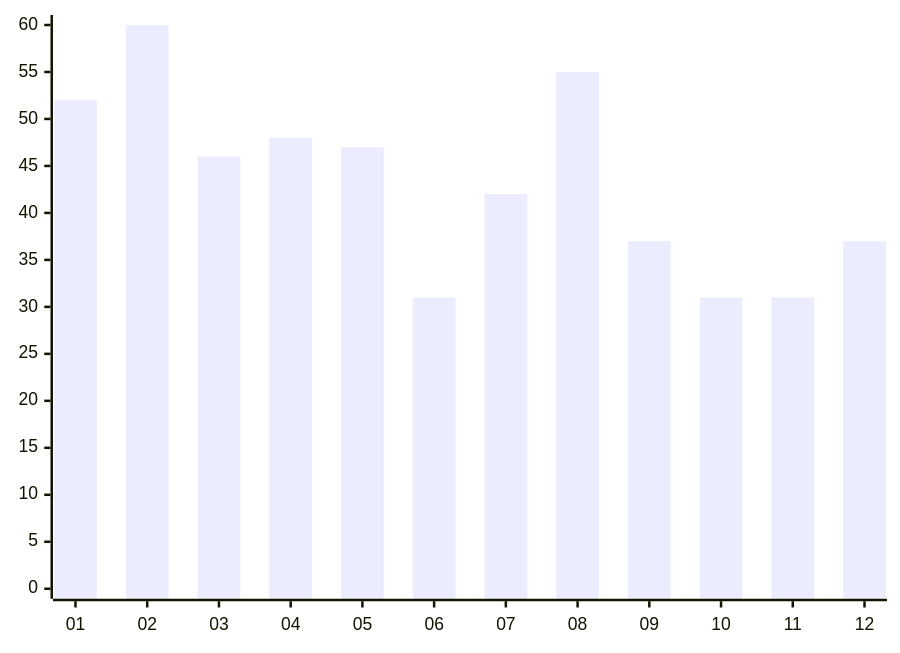
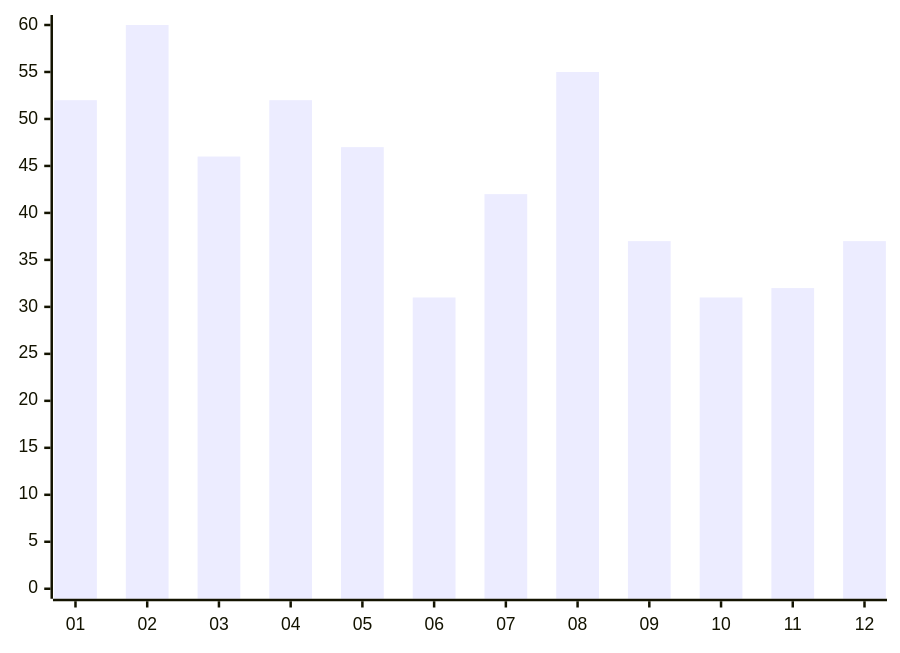
One commit to austrellum/navigator changed the third of 4 diagrams in index.stats.md. Above: the diagram before and after it, drawn with Mermaid. The commit also changed other lines of this file and 7 other files, not shown here.

````diff
--- a/index.stats.md
+++ b/index.stats.md
@@ -29,6 +29,6 @@
 ```mermaid
 xychart-beta
   x-axis ["01","02","03","04","05","06","07","08","09","10","11","12"]
   y-axis 0 --> 60
-  bar [52,60,46,48,47,31,42,55,37,31,31,37]
+  bar [52,60,46,52,47,31,42,55,37,31,32,37]
 ```
````
